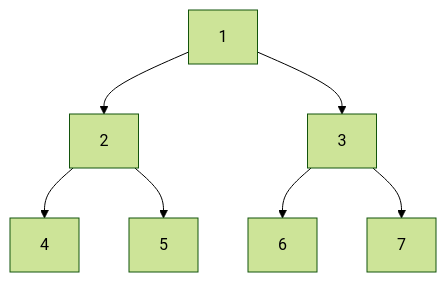
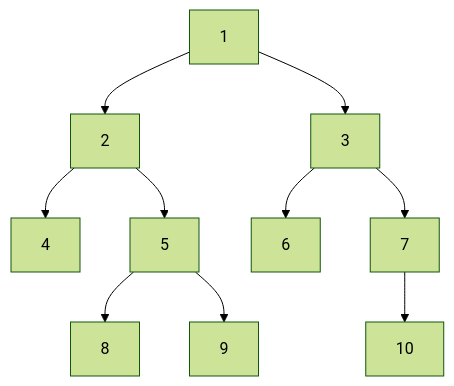
The diagram in 1 - Data Structures and Algorithms/20 - Trees and graphs.md (Cyberistic/Kuwait-University-Computer-Engineering-Masters-Prep-2025), drawn with Mermaid (forest theme) before and after one commit. The commit also changed other lines of this file and 1 other file, not shown here.

````diff
--- a/1 - Data Structures and Algorithms/20 - Trees and graphs.md
+++ b/1 - Data Structures and Algorithms/20 - Trees and graphs.md
@@ -247,10 +11,14 @@
 ```mermaid
 graph TD
   A[1] --> B[2]
   A --> C[3]
   B --> D[4]
   B --> E[5]
+  E --> H[8]
+  E --> I[9]
   C --> F[6]
   C --> G[7]
+  G --> J[10]
+
 
 ```
````
